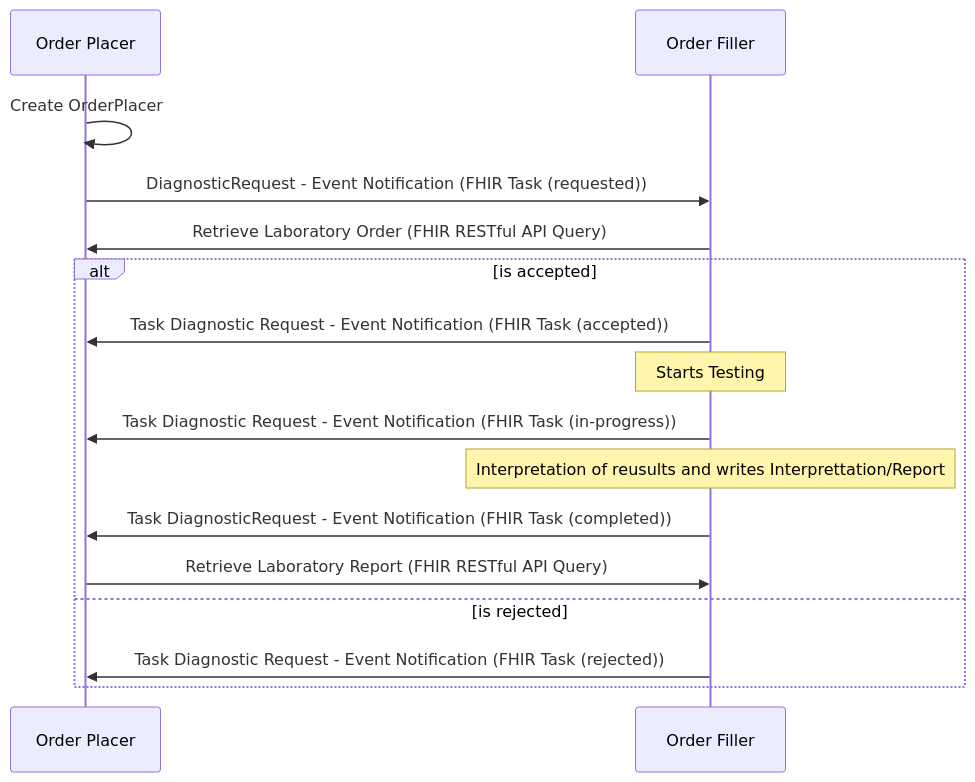
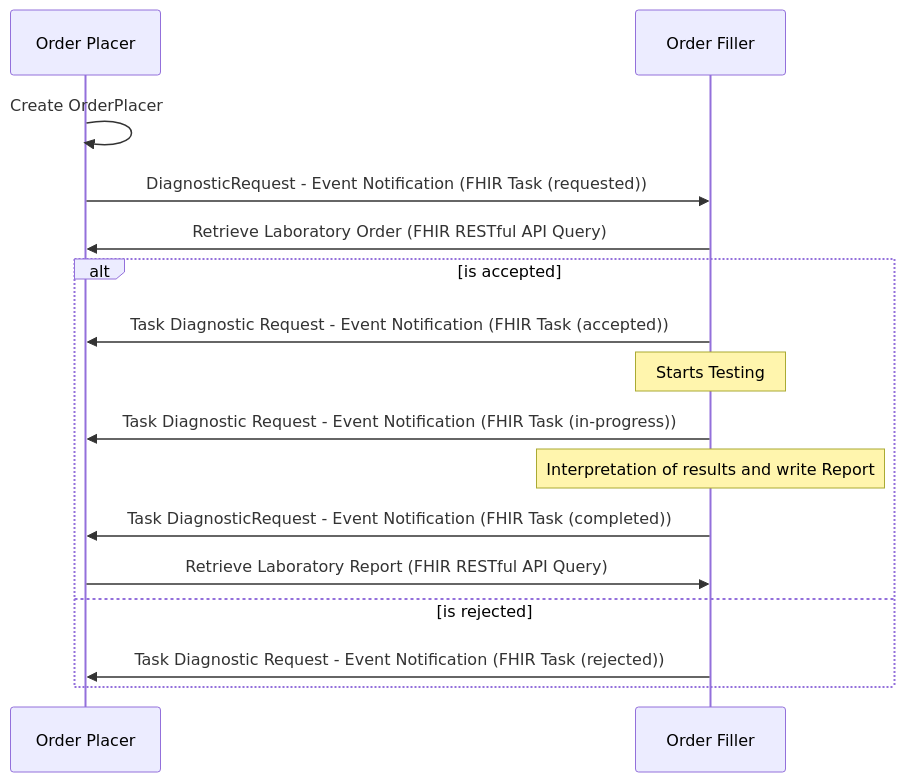
Before and after one commit to uk-gov-mirror/nw-gmsa.nw-gmsa.github.com: the fourth of 4 diagrams in input/pagecontent/interaction-options.md, drawn with Mermaid.

Commit message:
v2 and FHIR Options

````diff
--- a/input/pagecontent/interaction-options.md
+++ b/input/pagecontent/interaction-options.md
@@ -80,19 +80,19 @@
 ```mermaid
 sequenceDiagram
     participant OrderPlacer As Order Placer
     participant OrderFiller As Order Filler
 
     OrderPlacer ->> OrderPlacer: Create OrderPlacer
     OrderPlacer ->> OrderFiller: DiagnosticRequest - Event Notification (FHIR Task (requested))
     OrderFiller ->> OrderPlacer: Retrieve Laboratory Order (FHIR RESTful API Query) 
     alt is accepted
         OrderFiller ->> OrderPlacer: Task Diagnostic Request - Event Notification (FHIR Task (accepted))
         Note over OrderFiller: Starts Testing
          OrderFiller ->> OrderPlacer: Task Diagnostic Request - Event Notification (FHIR Task (in-progress))
-        Note over OrderFiller: Interpretation of reusults and writes Interprettation/Report
+        Note over OrderFiller: Interpretation of results and write Report
         OrderFiller ->> OrderPlacer: Task DiagnosticRequest - Event Notification (FHIR Task (completed))
         OrderPlacer ->> OrderFiller: Retrieve Laboratory Report (FHIR RESTful API Query)
     else is rejected 
         OrderFiller ->> OrderPlacer: Task Diagnostic Request - Event Notification (FHIR Task (rejected))
     end
 ```
````
